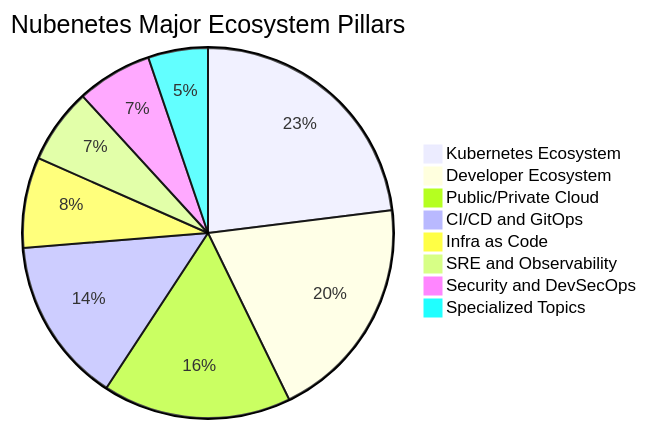
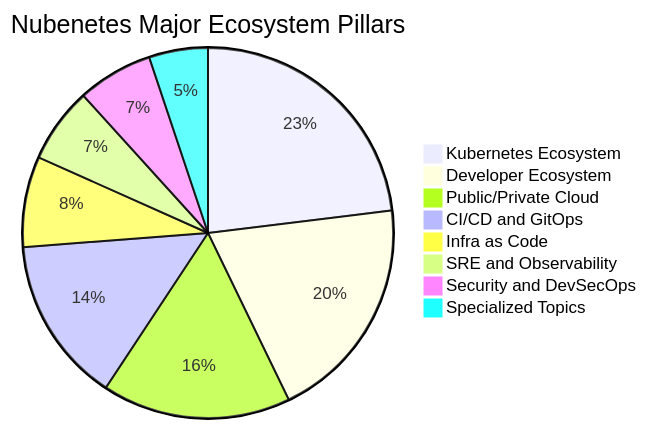
One commit to nubenetes/awesome-kubernetes changed the second of 11 diagrams in README.md. Above: the diagram before and after it, drawn with Mermaid. The commit also changed other lines of this file, not shown here.

````diff
--- a/README.md
+++ b/README.md
@@ -189,11 +189,11 @@
 ```mermaid
 pie title Nubenetes Major Ecosystem Pillars
     "Kubernetes Ecosystem" : 3500
     "Developer Ecosystem" : 3000
     "Public/Private Cloud" : 2500
     "CI/CD and GitOps" : 2200
     "Infra as Code" : 1200
     "SRE and Observability" : 1000
     "Security and DevSecOps" : 1000
-    "Specialized Topics" : 793
+    "Specialized Topics" : 780
 ```
````
